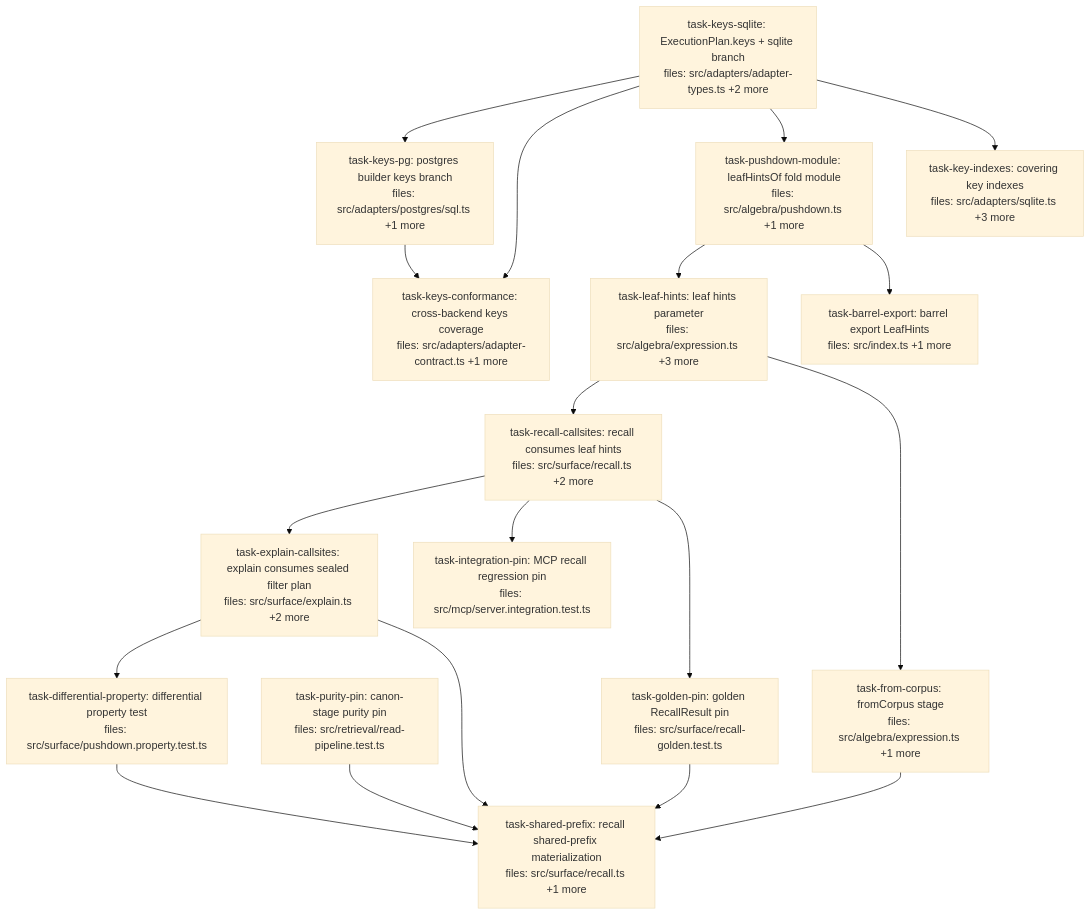
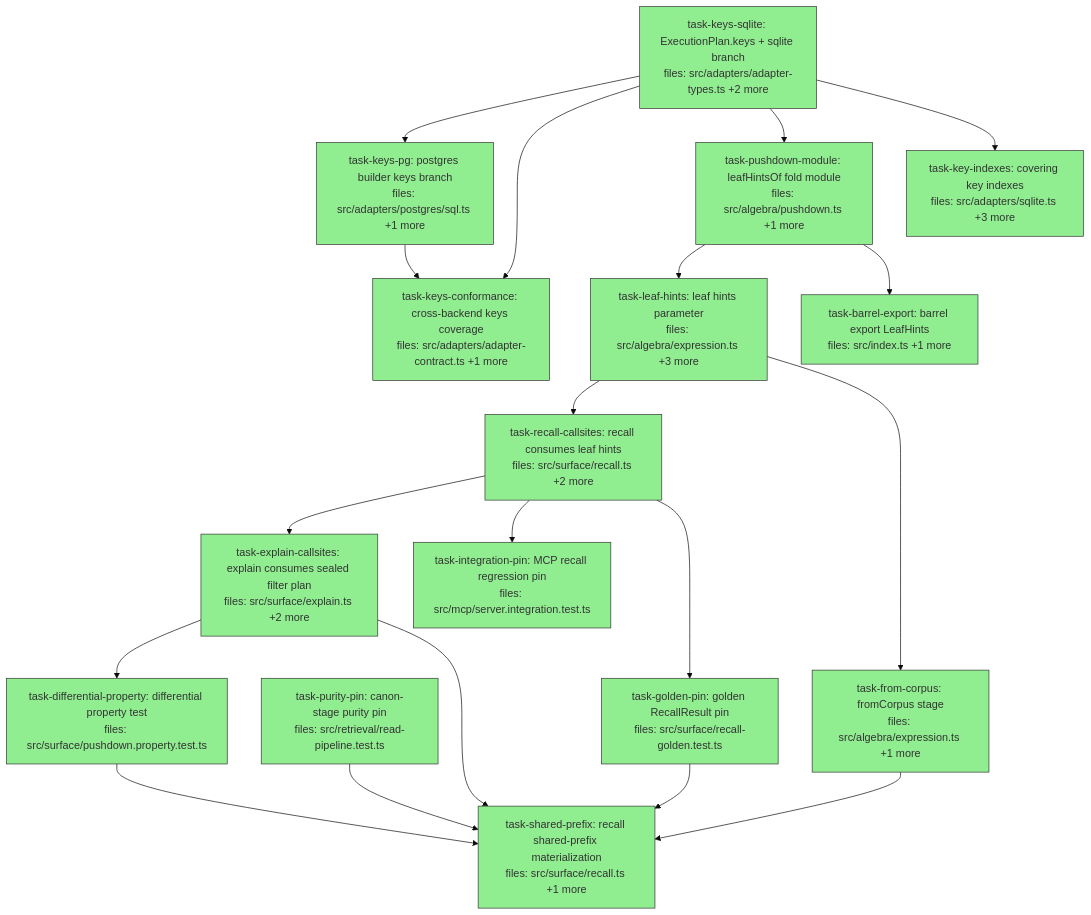
The diagram in docs/superpowers/plans/2026-07-06-read-path-pushdown-dag.md (BrettNye/Mneme), drawn with Mermaid (base theme) before and after one commit. The commit also changed other lines of this file, not shown here.

Commit message:
docs: mark read-path pushdown DAG plan complete (15/15 done)

````diff
--- a/docs/superpowers/plans/2026-07-06-read-path-pushdown-dag.md
+++ b/docs/superpowers/plans/2026-07-06-read-path-pushdown-dag.md
@@ -6,43 +6,43 @@
 ```mermaid
 flowchart TD
-    task-keys-sqlite["task-keys-sqlite: ExecutionPlan.keys + sqlite branch<br/>files: src/adapters/adapter-types.ts +2 more"]
-    task-keys-pg["task-keys-pg: postgres builder keys branch<br/>files: src/adapters/postgres/sql.ts +1 more"]
-    task-keys-conformance["task-keys-conformance: cross-backend keys coverage<br/>files: src/adapters/adapter-contract.ts +1 more"]
-    task-pushdown-module["task-pushdown-module: leafHintsOf fold module<br/>files: src/algebra/pushdown.ts +1 more"]
-    task-leaf-hints["task-leaf-hints: leaf hints parameter<br/>files: src/algebra/expression.ts +3 more"]
-    task-barrel-export["task-barrel-export: barrel export LeafHints<br/>files: src/index.ts +1 more"]
-    task-recall-callsites["task-recall-callsites: recall consumes leaf hints<br/>files: src/surface/recall.ts +2 more"]
-    task-explain-callsites["task-explain-callsites: explain consumes sealed filter plan<br/>files: src/surface/explain.ts +2 more"]
-    task-differential-property["task-differential-property: differential property test<br/>files: src/surface/pushdown.property.test.ts"]
-    task-integration-pin["task-integration-pin: MCP recall regression pin<br/>files: src/mcp/server.integration.test.ts"]
-    task-key-indexes["task-key-indexes: covering key indexes<br/>files: src/adapters/sqlite.ts +3 more"]
-    task-purity-pin["task-purity-pin: canon-stage purity pin<br/>files: src/retrieval/read-pipeline.test.ts"]
-    task-golden-pin["task-golden-pin: golden RecallResult pin<br/>files: src/surface/recall-golden.test.ts"]
-    task-from-corpus["task-from-corpus: fromCorpus stage<br/>files: src/algebra/expression.ts +1 more"]
-    task-shared-prefix["task-shared-prefix: recall shared-prefix materialization<br/>files: src/surface/recall.ts +1 more"]
+    task-keys-sqlite["task-keys-sqlite: ExecutionPlan.keys + sqlite branch<br/>files: src/adapters/adapter-types.ts +2 more"]:::done
+    task-keys-pg["task-keys-pg: postgres builder keys branch<br/>files: src/adapters/postgres/sql.ts +1 more"]:::done
+    task-keys-conformance["task-keys-conformance: cross-backend keys coverage<br/>files: src/adapters/adapter-contract.ts +1 more"]:::done
+    task-pushdown-module["task-pushdown-module: leafHintsOf fold module<br/>files: src/algebra/pushdown.ts +1 more"]:::done
+    task-leaf-hints["task-leaf-hints: leaf hints parameter<br/>files: src/algebra/expression.ts +3 more"]:::done
+    task-barrel-export["task-barrel-export: barrel export LeafHints<br/>files: src/index.ts +1 more"]:::done
+    task-recall-callsites["task-recall-callsites: recall consumes leaf hints<br/>files: src/surface/recall.ts +2 more"]:::done
+    task-explain-callsites["task-explain-callsites: explain consumes sealed filter plan<br/>files: src/surface/explain.ts +2 more"]:::done
+    task-differential-property["task-differential-property: differential property test<br/>files: src/surface/pushdown.property.test.ts"]:::done
+    task-integration-pin["task-integration-pin: MCP recall regression pin<br/>files: src/mcp/server.integration.test.ts"]:::done
+    task-key-indexes["task-key-indexes: covering key indexes<br/>files: src/adapters/sqlite.ts +3 more"]:::done
+    task-purity-pin["task-purity-pin: canon-stage purity pin<br/>files: src/retrieval/read-pipeline.test.ts"]:::done
+    task-golden-pin["task-golden-pin: golden RecallResult pin<br/>files: src/surface/recall-golden.test.ts"]:::done
+    task-from-corpus["task-from-corpus: fromCorpus stage<br/>files: src/algebra/expression.ts +1 more"]:::done
+    task-shared-prefix["task-shared-prefix: recall shared-prefix materialization<br/>files: src/surface/recall.ts +1 more"]:::done
 
     task-keys-sqlite --> task-keys-pg
     task-keys-sqlite --> task-keys-conformance
     task-keys-pg --> task-keys-conformance
     task-keys-sqlite --> task-pushdown-module
     task-keys-sqlite --> task-key-indexes
     task-pushdown-module --> task-leaf-hints
     task-pushdown-module --> task-barrel-export
     task-leaf-hints --> task-recall-callsites
     task-leaf-hints --> task-from-corpus
     task-recall-callsites --> task-explain-callsites
     task-recall-callsites --> task-integration-pin
     task-recall-callsites --> task-golden-pin
     task-explain-callsites --> task-differential-property
     task-explain-callsites --> task-shared-prefix
     task-from-corpus --> task-shared-prefix
     task-golden-pin --> task-shared-prefix
     task-purity-pin --> task-shared-prefix
     task-differential-property --> task-shared-prefix
 
     classDef done fill:#90ee90,stroke:#333
     classDef ready fill:#fffacd,stroke:#333
     classDef running fill:#87ceeb,stroke:#333
     classDef failed fill:#ffb6c1,stroke:#333
     classDef skipped fill:#d3d3d3,stroke:#333,stroke-dasharray: 5 5
 ```
````
